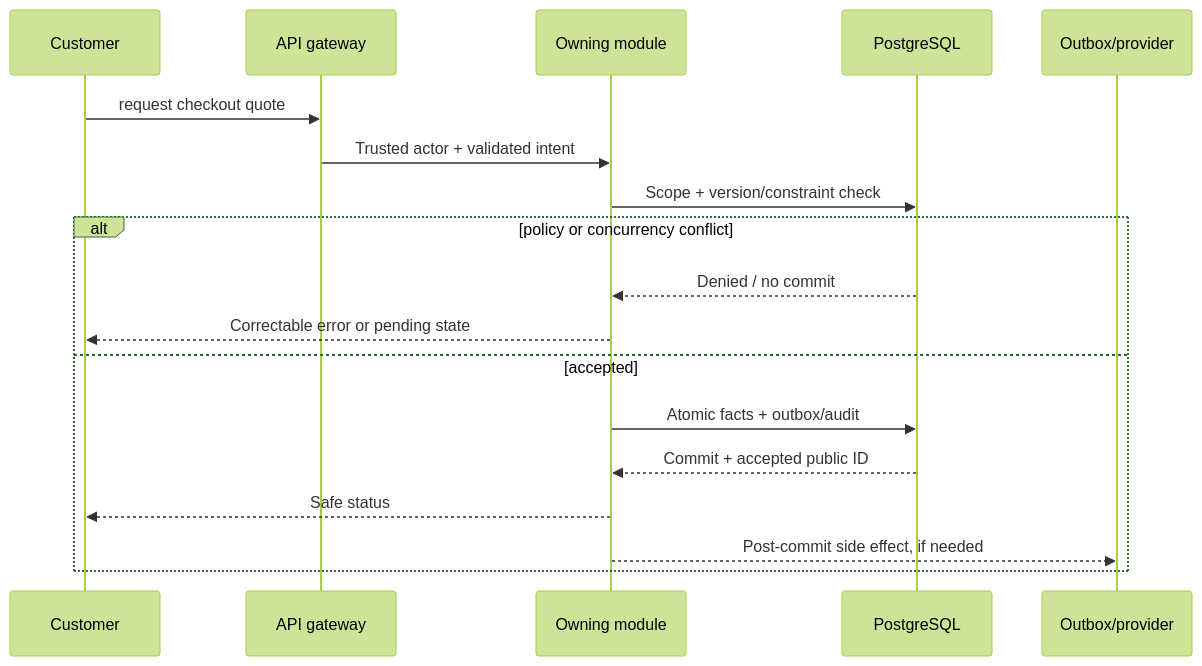
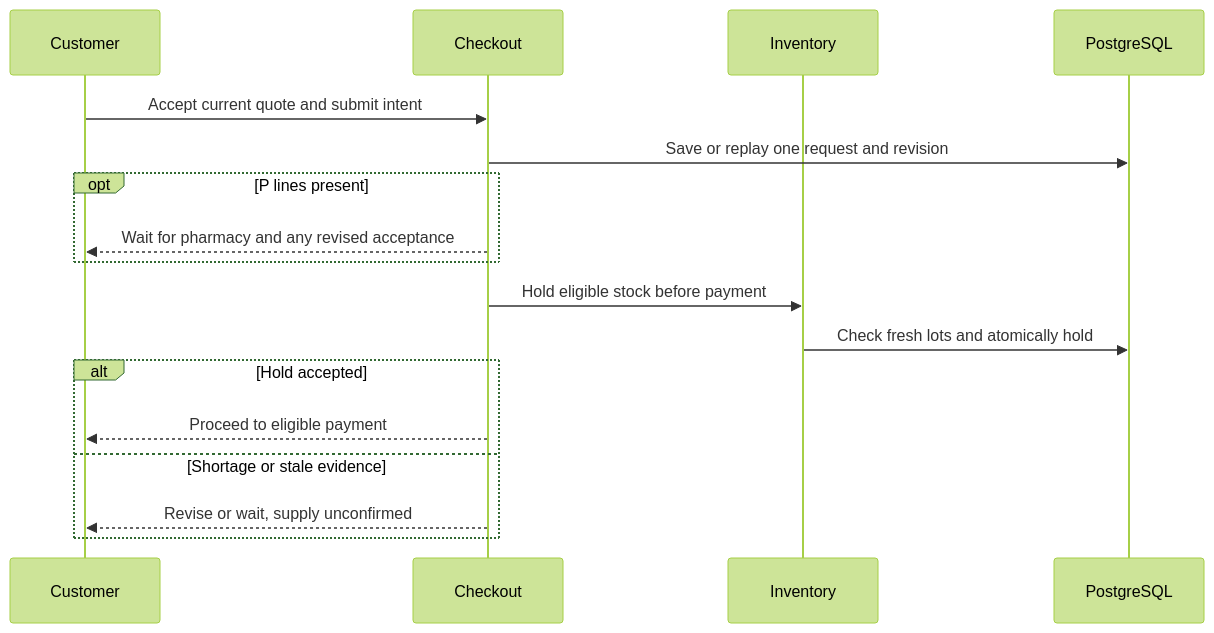
Before and after one commit to shiladityamajumder/pharmville-docs: the diagram in 06-Workflows/WF-003-Cart-Quote-and-Reservation.md, drawn with Mermaid (forest theme). The commit also changed other lines of this file and 158 other files, not shown here.

Commit message:
docs: add business guides, fix Mermaid diagrams, improve traceability and automate validation

````diff
--- a/06-Workflows/WF-003-Cart-Quote-and-Reservation.md
+++ b/06-Workflows/WF-003-Cart-Quote-and-Reservation.md
@@ -31,20 +27,19 @@
 ```mermaid
 sequenceDiagram
-  participant A as Customer
-  participant API as API gateway
-  participant O as Owning module
-  participant PG as PostgreSQL
-  participant P as Outbox/provider
-  A->>API: request checkout quote
-  API->>O: Trusted actor + validated intent
-  O->>PG: Scope + version/constraint check
-  alt policy or concurrency conflict
-    PG-->>O: Denied / no commit
-    O-->>A: Correctable error or pending state
-  else accepted
-    O->>PG: Atomic facts + outbox/audit
-    PG-->>O: Commit + accepted public ID
-    O-->>A: Safe status
-    O-->>P: Post-commit side effect, if needed
+  participant C as Customer
+  participant O as Checkout
+  participant S as Inventory
+  participant D as PostgreSQL
+  C->>O: Accept current quote and submit intent
+  O->>D: Save or replay one request and revision
+  opt P lines present
+    O-->>C: Wait for pharmacy and any revised acceptance
+  end
+  O->>S: Hold eligible stock before payment
+  S->>D: Check fresh lots and atomically hold
+  alt Hold accepted
+    O-->>C: Proceed to eligible payment
+  else Shortage or stale evidence
+    O-->>C: Revise or wait, supply unconfirmed
   end
 ```
````
